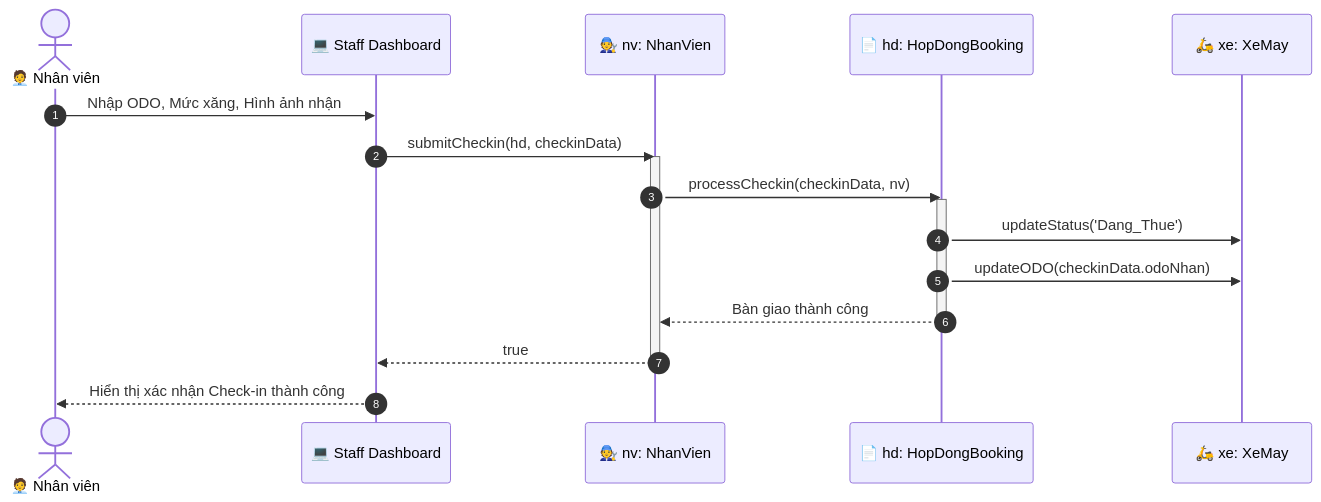
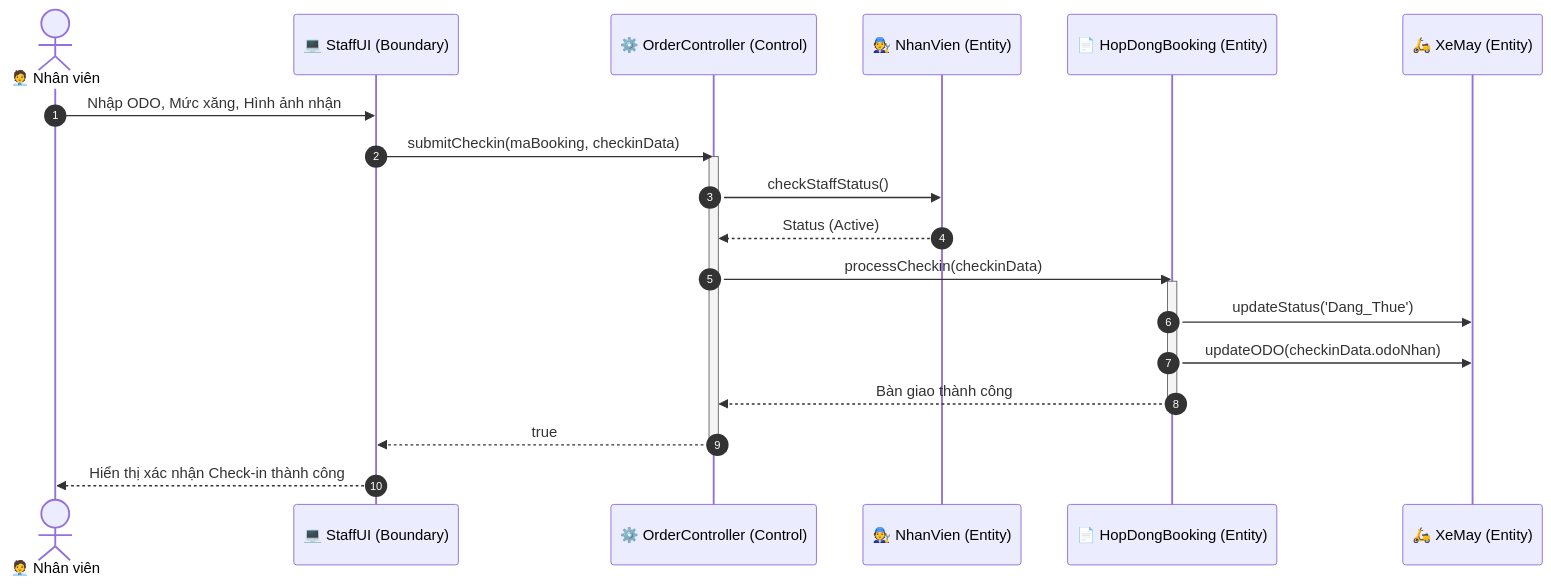
Before and after one commit to Vqd2k6/SAD-UTH: the third of 6 diagrams in docs/sequence-diagrams.md, drawn with Mermaid. The commit also changed other lines of this file and 29 other files, not shown here.

````diff
--- a/docs/sequence-diagrams.md
+++ b/docs/sequence-diagrams.md
@@ -150,26 +170,30 @@
 ```mermaid
 sequenceDiagram
     autonumber
     actor Staff as 🧑‍💼 Nhân viên
-    participant StaffUI as 💻 Staff Dashboard
-    participant NV as 🧑‍🔧 nv: NhanVien
-    participant HD as 📄 hd: HopDongBooking
-    participant XM as 🛵 xe: XeMay
+    participant StaffUI as 💻 StaffUI (Boundary)
+    participant OC as ⚙️ OrderController (Control)
+    participant NV as 🧑‍🔧 NhanVien (Entity)
+    participant HD as 📄 HopDongBooking (Entity)
+    participant XM as 🛵 XeMay (Entity)
 
     Staff->>StaffUI: Nhập ODO, Mức xăng, Hình ảnh nhận
-    StaffUI->>NV: submitCheckin(hd, checkinData)
-    activate NV
+    StaffUI->>OC: submitCheckin(maBooking, checkinData)
+    activate OC
 
-    NV->>HD: processCheckin(checkinData, nv)
+    OC->>NV: checkStaffStatus()
+    NV-->>OC: Status (Active)
+
+    OC->>HD: processCheckin(checkinData)
     activate HD
     
     HD->>XM: updateStatus('Dang_Thue')
     HD->>XM: updateODO(checkinData.odoNhan)
     
-    HD-->>NV: Bàn giao thành công
+    HD-->>OC: Bàn giao thành công
     deactivate HD
 
-    NV-->>StaffUI: true
-    deactivate NV
+    OC-->>StaffUI: true
+    deactivate OC
     StaffUI-->>Staff: Hiển thị xác nhận Check-in thành công
 ```
````
